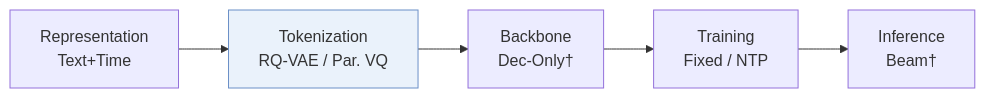
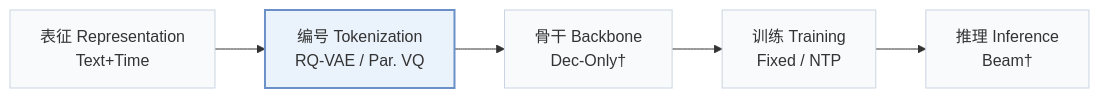
The first of 2 diagrams in pages/zh/papers/chronoid.md (Galaxy-ghost/Awesome-SID-Generative-Rec), drawn with Mermaid before and after one commit. The commit also changed other lines of this file and 649 other files, not shown here.

Commit message:
writer-05: also tags and modality index (schema, check, build, visuals); summary field removed; calibration data for 12 papers

````diff
--- a/pages/zh/papers/chronoid.md
+++ b/pages/zh/papers/chronoid.md
@@ -13,6 +15,8 @@
 ```mermaid
 flowchart LR
-    R["Representation<br/>Text+Time"] --> T["Tokenization<br/>RQ-VAE / Par. VQ"] --> B["Backbone<br/>Dec-Only†"] --> TR["Training<br/>Fixed / NTP"] --> I["Inference<br/>Beam†"]
-    classDef main fill:#eaf2fb,stroke:#6b8fc7
+    R["表征 Representation<br/>Text+Time"] --> T["编号 Tokenization<br/>RQ-VAE / Par. VQ"] --> B["骨干 Backbone<br/>Dec-Only†"] --> TR["训练 Training<br/>Fixed / NTP"] --> I["推理 Inference<br/>Beam†"]
+    classDef base fill:#f8fafc,stroke:#cbd5e1
+    class R,T,B,TR,I base
+    classDef main fill:#eaf2fb,stroke:#6b8fc7,stroke-width:2px
     class T main
 ```
````
